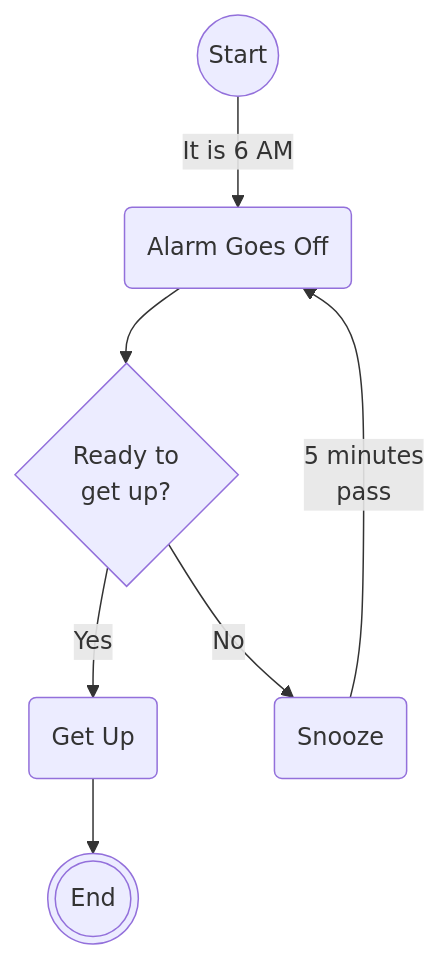
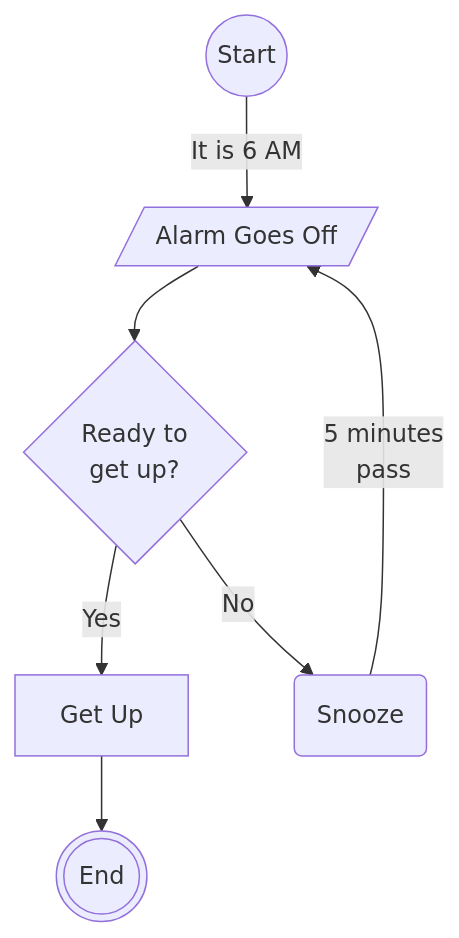
One commit to jrcs3/Mermaid-Demo changed the first of 5 diagrams in types-of-diagrams.md. Above: the diagram before and after it, drawn with Mermaid. The commit also changed other lines of this file and 1 other file, not shown here.

Commit message:
Updates to Types of Diagrams

````diff
--- a/types-of-diagrams.md
+++ b/types-of-diagrams.md
@@ -19,9 +18,9 @@
 ``` mermaid
 flowchart TB
-    A((Start)) --> |It is 6 AM| B(Alarm Goes Off)
+    A((Start)) --> |It is 6 AM| B[/Alarm Goes Off/]
     B --> C{Ready to<br/>get up?}
-    C --> |Yes| E(Get Up)
+    C --> |Yes| E[Get Up]
     C --> |No| D(Snooze)
     D --> |5 minutes<br/>pass| B
     E --> F(((End)))
 ```
````
